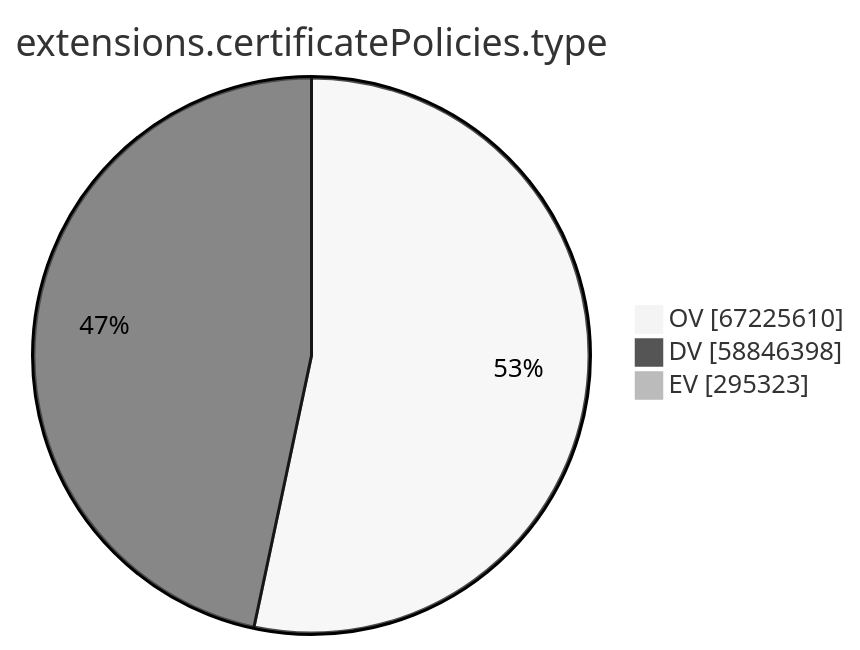
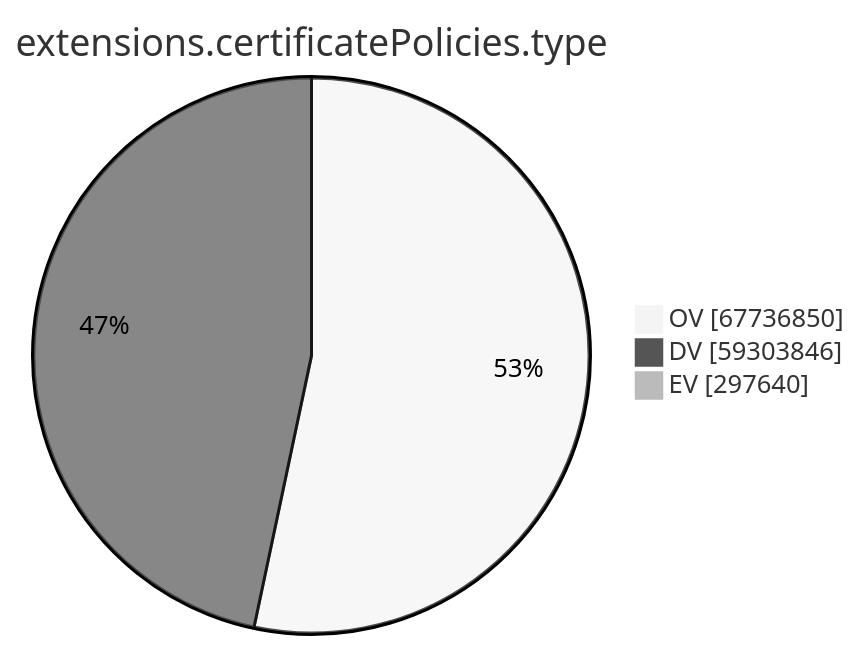
The ninth of 15 diagrams in xenon2023/README.md (christiankrug/ctmonitor_visualization), drawn with Mermaid (neutral theme) before and after one commit. The commit also changed other lines of this file, not shown here.

````diff
--- a/xenon2023/README.md
+++ b/xenon2023/README.md
@@ -2178,7 +2180,7 @@
 ```mermaid
 pie showData
 title extensions.certificatePolicies.type
-"OV" :67225610
-"DV" :58846398
-"EV" :295323
+"OV" :67736850
+"DV" :59303846
+"EV" :297640
 ```
````
